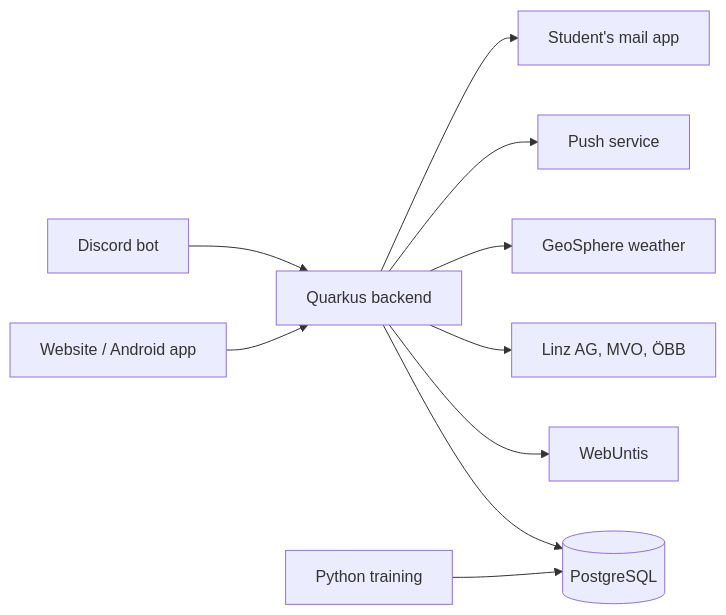
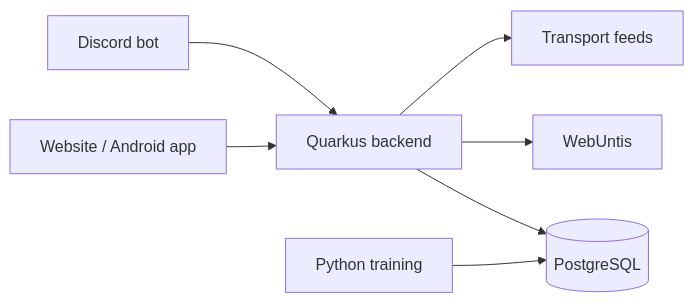
The second of 3 diagrams in docs/LeoWay-System-Specification.md (LPuehringerStudent/LeoWay), drawn with Mermaid before and after one commit. The commit also changed other lines of this file and 1 other file, not shown here.

````diff
--- a/docs/LeoWay-System-Specification.md
+++ b/docs/LeoWay-System-Specification.md
@@ -727,13 +165,10 @@
 ```mermaid
 %% architecture
 flowchart LR
-  Web[Website / Android app] --> API[Quarkus backend]
-  Discord[Discord bot] --> API
+  App[Website / Android app] --> API[Quarkus backend]
+  Bot[Discord bot] --> API
   API --> DB[(PostgreSQL)]
+  API --> W[WebUntis]
+  API --> T[Transport feeds]
   ML[Python training] --> DB
-  API --> WebUntis
-  API --> Feeds[Linz AG, MVO, ÖBB]
-  API --> Geo[GeoSphere weather]
-  API --> Push[Push service]
-  API --> Mail[Student's mail app]
 ```
````
